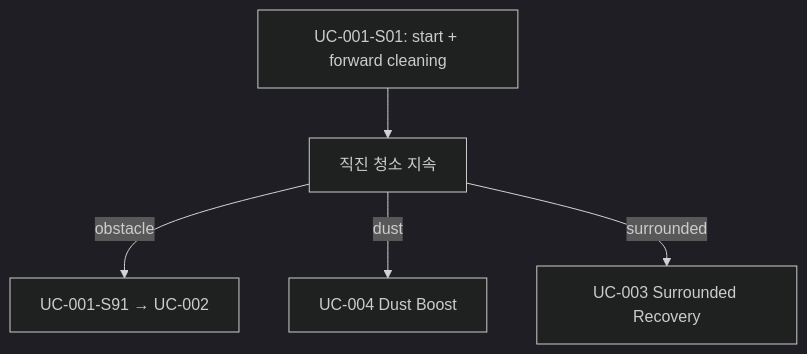
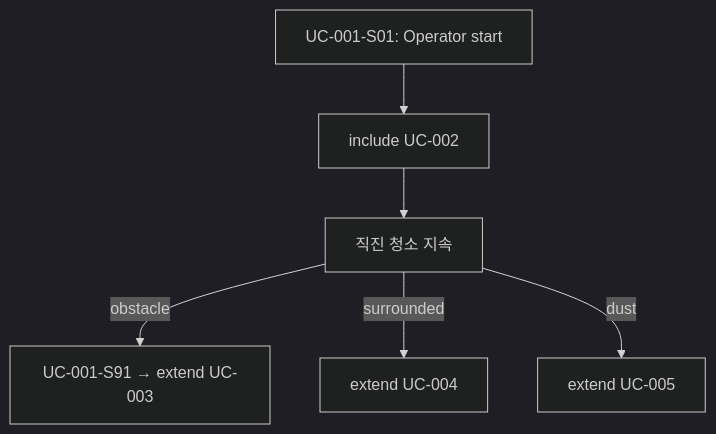
One commit to yul2yak/rvc_control_ooad changed the first of 3 diagrams in docs/OOA/UseCases/UC-001.md. Above: the diagram before and after it, drawn with Mermaid (dark theme). The commit also changed other lines of this file and 9 other files, not shown here.

Commit message:
Use Case Diagram 추가, 스킬 추가

````diff
--- a/docs/OOA/UseCases/UC-001.md
+++ b/docs/OOA/UseCases/UC-001.md
@@ -51,7 +50,8 @@
 ```mermaid
 flowchart TD
-  S01[UC-001-S01: start + forward cleaning] --> Forward[직진 청소 지속]
-  Forward -->|obstacle| S91[UC-001-S91 → UC-002]
-  Forward -->|dust| UC004[UC-004 Dust Boost]
-  Forward -->|surrounded| UC003[UC-003 Surrounded Recovery]
+  S01[UC-001-S01: Operator start] --> Inc[include UC-002]
+  Inc --> Loop[직진 청소 지속]
+  Loop -->|obstacle| S91[UC-001-S91 → extend UC-003]
+  Loop -->|surrounded| UC004[extend UC-004]
+  Loop -->|dust| UC005[extend UC-005]
 ```
````
